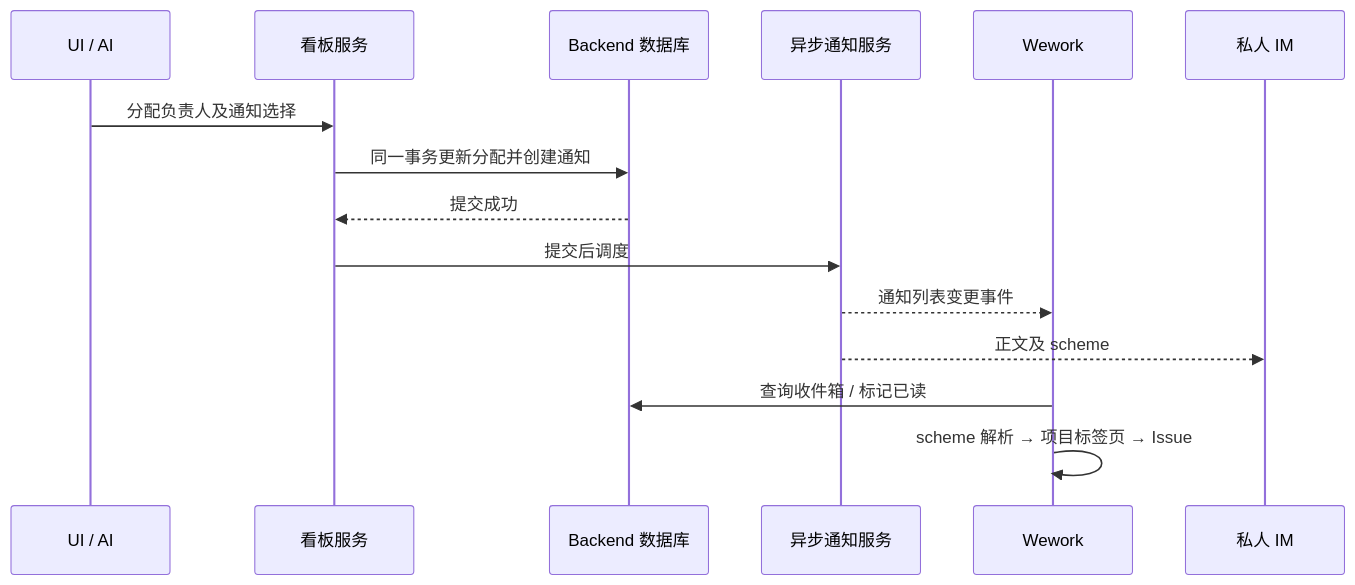
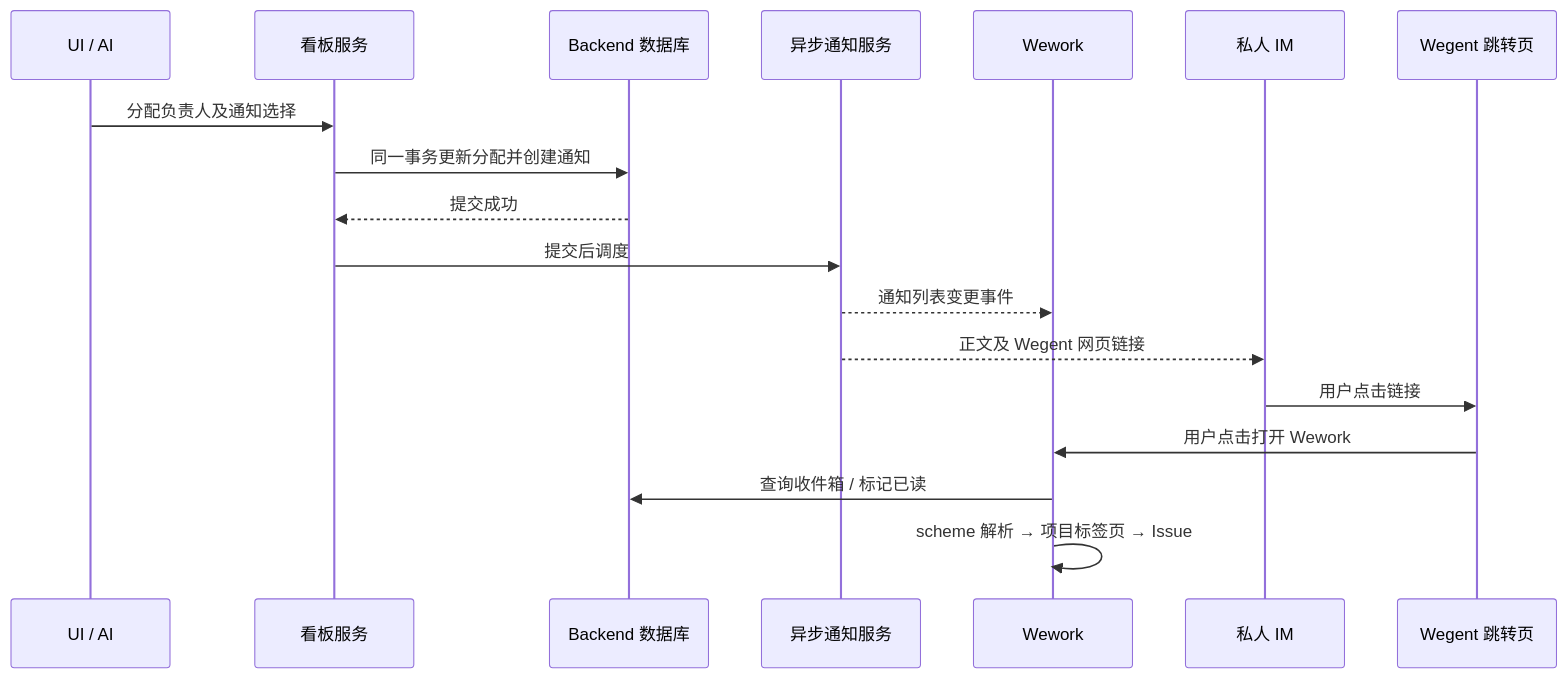
One commit to wecode-ai/Wegent changed the diagram in docs/zh/wegent/user-guide/wework-notifications.md. Above: the diagram before and after it, drawn with Mermaid. The commit also changed other lines of this file and 18 other files, not shown here.

Commit message:
fix(notifications): open Wework through Wegent launch links

````diff
--- a/docs/zh/wegent/user-guide/wework-notifications.md
+++ b/docs/zh/wegent/user-guide/wework-notifications.md
@@ -34,17 +40,20 @@
 ```mermaid
 sequenceDiagram
   participant Caller as UI / AI
   participant Service as 看板服务
   participant DB as Backend 数据库
   participant Delivery as 异步通知服务
   participant App as Wework
   participant IM as 私人 IM
+  participant Web as Wegent 跳转页
   Caller->>Service: 分配负责人及通知选择
   Service->>DB: 同一事务更新分配并创建通知
   DB-->>Service: 提交成功
   Service->>Delivery: 提交后调度
   Delivery-->>App: 通知列表变更事件
-  Delivery-->>IM: 正文及 scheme
+  Delivery-->>IM: 正文及 Wegent 网页链接
+  IM->>Web: 用户点击链接
+  Web->>App: 用户点击打开 Wework
   App->>DB: 查询收件箱 / 标记已读
   App->>App: scheme 解析 → 项目标签页 → Issue
 ```
````
